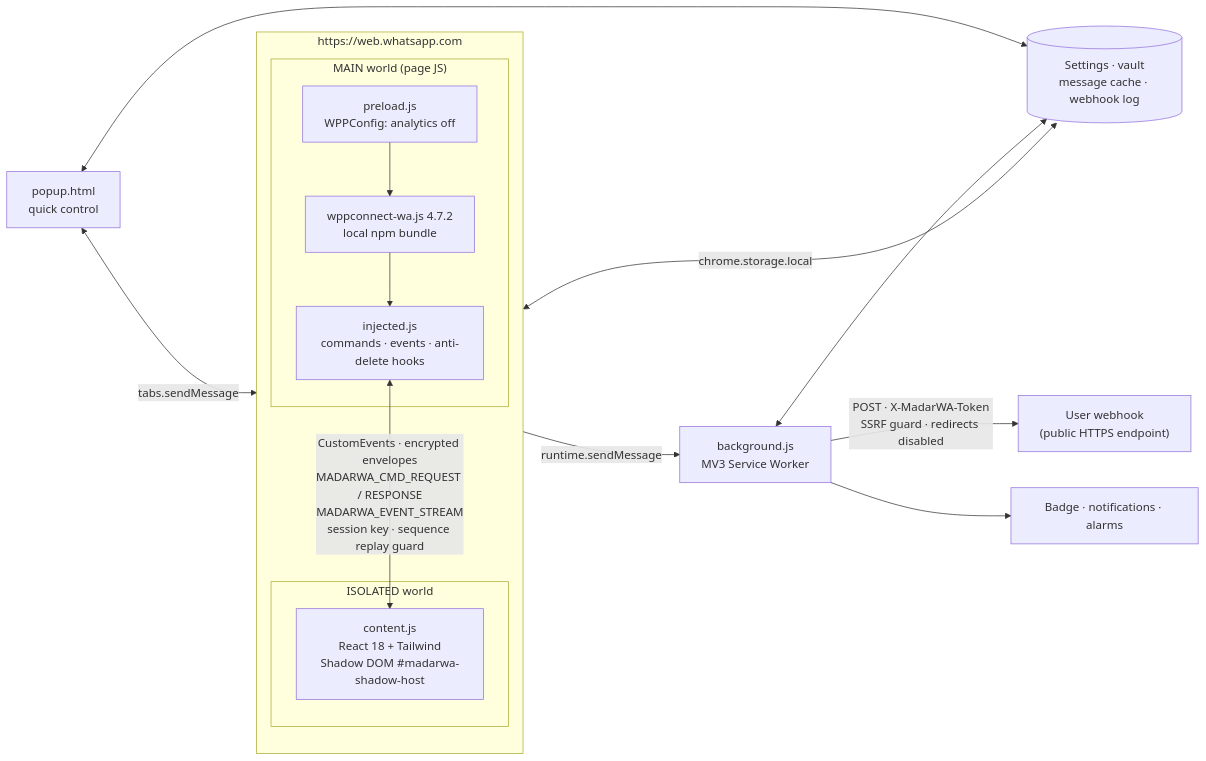
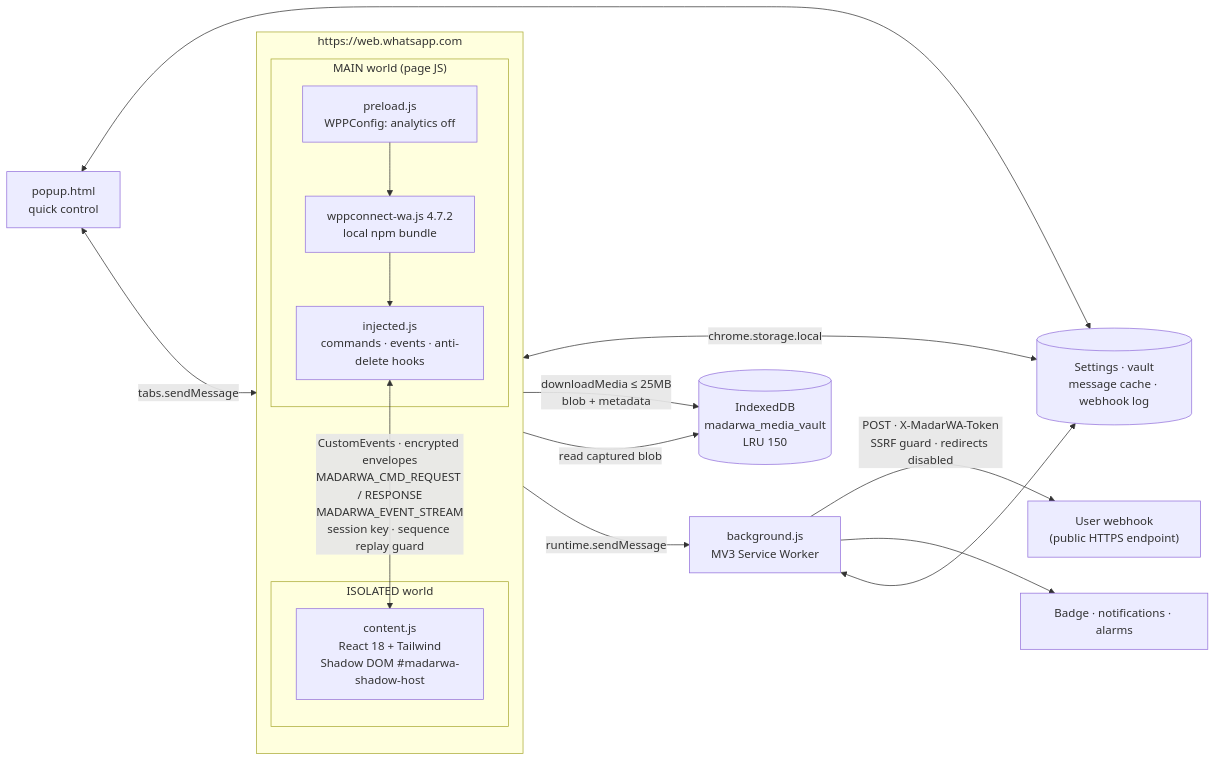
The third of 4 diagrams in README.md (ALSRKAL/MadarWA), drawn with Mermaid before and after one commit. The commit also changed other lines of this file and 1 other file, not shown here.

Commit message:
docs: document interactive anti-delete, media vault and progressive UX

````diff
--- a/README.md
+++ b/README.md
@@ -350,24 +361,26 @@
 ```mermaid
 flowchart LR
   subgraph PAGE["https://web.whatsapp.com"]
     direction TB
     subgraph MAIN["MAIN world (page JS)"]
       PRE["preload.js<br/>WPPConfig: analytics off"]
       WPP["wppconnect-wa.js 4.7.2<br/>local npm bundle"]
       ENG["injected.js<br/>commands · events · anti-delete hooks"]
       PRE --> WPP --> ENG
     end
     subgraph ISO["ISOLATED world"]
       CS["content.js<br/>React 18 + Tailwind<br/>Shadow DOM #madarwa-shadow-host"]
     end
     ENG <-->|"CustomEvents · encrypted envelopes<br/>MADARWA_CMD_REQUEST / RESPONSE<br/>MADARWA_EVENT_STREAM<br/>session key · sequence replay guard"| CS
   end
 
   CS <-->|chrome.storage.local| STORE[("Settings · vault<br/>message cache · webhook log")]
+  ENG -->|"downloadMedia ≤ 25MB<br/>blob + metadata"| IDB[("IndexedDB<br/>madarwa_media_vault<br/>LRU 150")]
+  CS -->|read captured blob| IDB
   CS -->|runtime.sendMessage| SW["background.js<br/>MV3 Service Worker"]
   SW -->|"POST · X-MadarWA-Token<br/>SSRF guard · redirects disabled"| WH["User webhook<br/>(public HTTPS endpoint)"]
   SW --> BADGE["Badge · notifications · alarms"]
   POP["popup.html<br/>quick control"] <-->|tabs.sendMessage| CS
   POP <--> STORE
   SW <--> STORE
 ```
````
